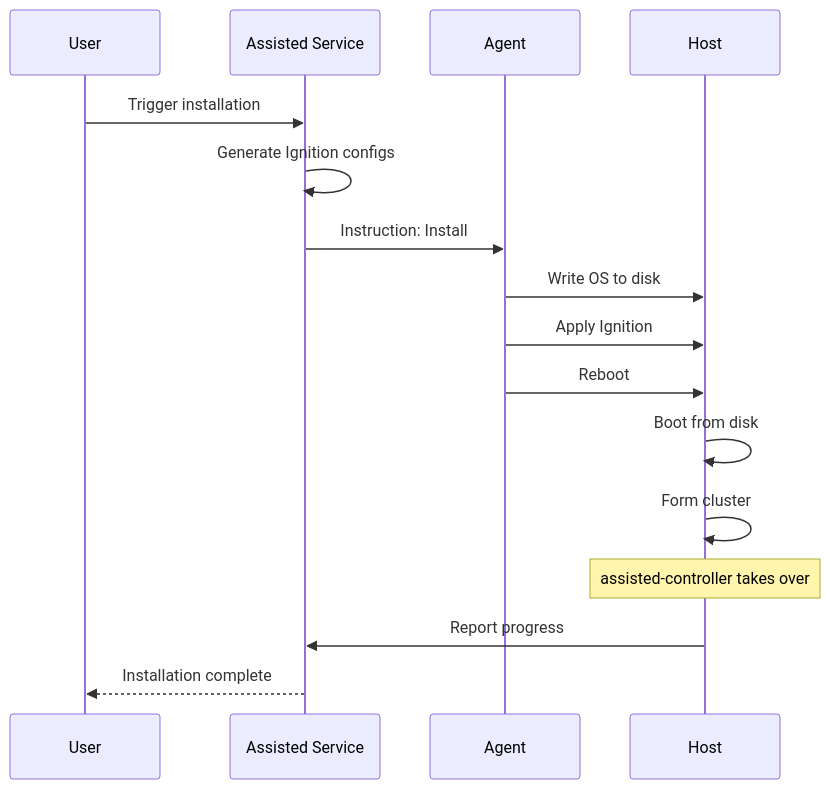
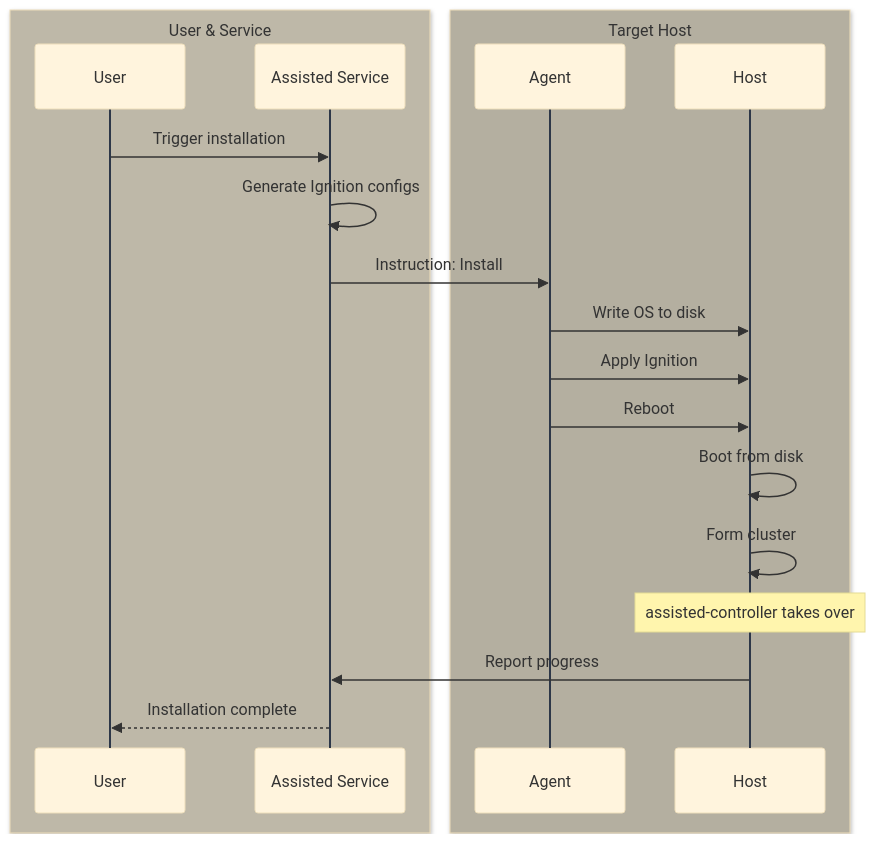
One commit to zszabo-rh/openshift-install-guide changed the third of 8 diagrams in 03-assisted-installation/overview.md. Above: the diagram before and after it, drawn with Mermaid. The commit also changed other lines of this file and 16 other files, not shown here.

Commit message:
improved diagram style

````diff
--- a/03-assisted-installation/overview.md
+++ b/03-assisted-installation/overview.md
@@ -79,19 +101,25 @@
 ```mermaid
+%%{init: {'theme': 'base', 'themeVariables': { 'lineColor': '#2d3748', 'actorLineColor': '#2d3748' }}}%%
 sequenceDiagram
-    participant User
-    participant Service as Assisted Service
-    participant Agent
-    participant Host
+    box rgb(190,184,168) User & Service
+        participant User
+        participant Service as Assisted Service
+    end
+    
+    box rgb(180,175,160) Target Host
+        participant Agent
+        participant Host
+    end
     
     User->>Service: Trigger installation
     Service->>Service: Generate Ignition configs
     Service->>Agent: Instruction: Install
     Agent->>Host: Write OS to disk
     Agent->>Host: Apply Ignition
     Agent->>Host: Reboot
     Host->>Host: Boot from disk
     Host->>Host: Form cluster
     Note over Host: assisted-controller takes over
     Host->>Service: Report progress
     Service-->>User: Installation complete
 ```
````
